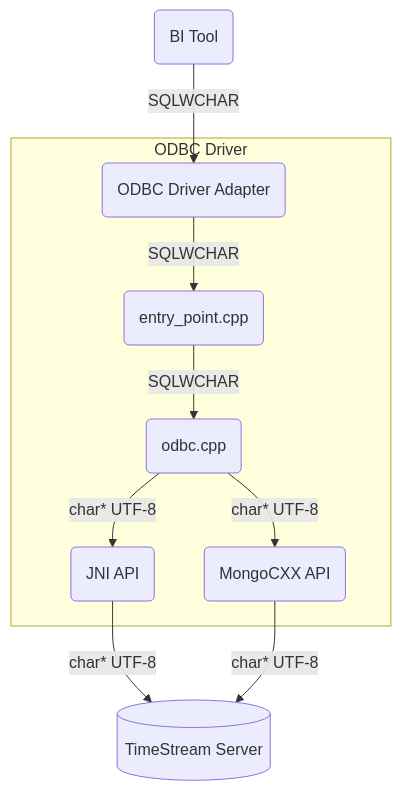
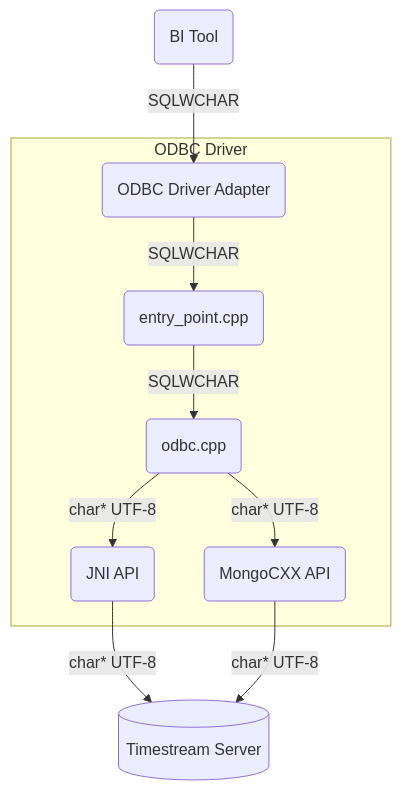
Before and after one commit to Bit-Quill/amazon-timestream-odbc-driver: the diagram in src/markdown/support/unicode-support.md, drawn with Mermaid. The commit also changed other lines of this file and 44 other files, not shown here.

````diff
--- a/src/markdown/support/unicode-support.md
+++ b/src/markdown/support/unicode-support.md
@@ -19,12 +19,12 @@
 ```mermaid
 graph TD
     A(BI Tool) -- SQLWCHAR --> B(ODBC Driver Adapter)
     subgraph Driver [ODBC Driver]
     B -- SQLWCHAR --> C(entry_point.cpp)
     C -- SQLWCHAR --> D(odbc.cpp)
     D -- char* UTF-8 --> E(JNI API)
     D -- char* UTF-8 --> F(MongoCXX API)
     end
-    E -- char* UTF-8 --> G[(TimeStream Server)]
+    E -- char* UTF-8 --> G[(Timestream Server)]
     F -- char* UTF-8 --> G
 ```
````
